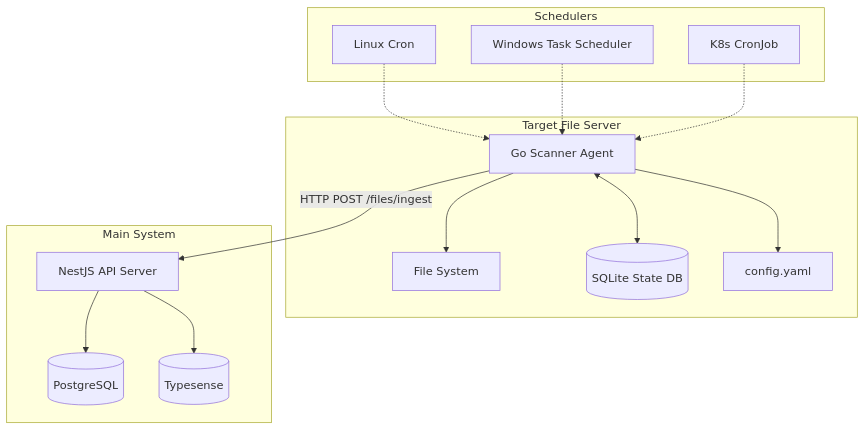
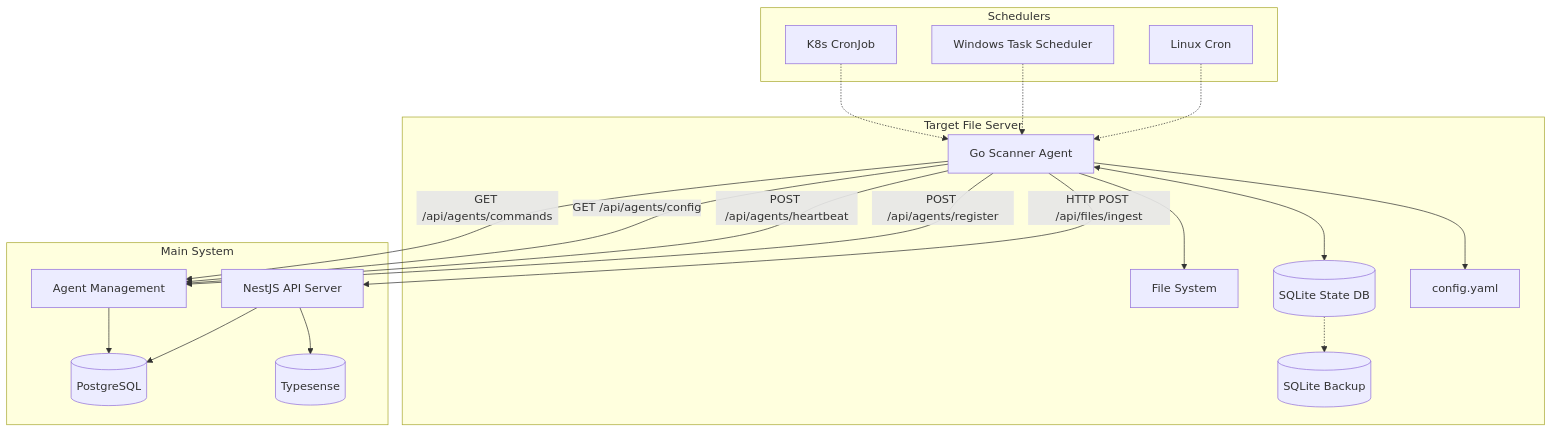
The diagram in docs/HLD-Go-File-Scanner.md (Yedidyar/file-search), drawn with Mermaid before and after one commit. The commit also changed other lines of this file, not shown here.

Commit message:
Enhance HLD for Go File Scanner Agent with additional sections and detailed requirements

````diff
--- a/docs/HLD-Go-File-Scanner.md
+++ b/docs/HLD-Go-File-Scanner.md
@@ -73,33 +94,42 @@
 ```mermaid
 graph TB
     subgraph "Target File Server"
         FS[File System]
         Agent[Go Scanner Agent]
         SQLite[(SQLite State DB)]
         Config[config.yaml]
+        Backup[(SQLite Backup)]
 
         Agent --> FS
         Agent <--> SQLite
         Agent --> Config
+        SQLite -.-> Backup
     end
 
     subgraph "Main System"
         API[NestJS API Server]
         DB[(PostgreSQL)]
         Search[(Typesense)]
+        AgentMgmt[Agent Management]
     end
 
-    Agent -->|HTTP POST /files/ingest| API
+    Agent -->|HTTP POST /api/files/ingest| API
+    Agent -->|POST /api/agents/register| AgentMgmt
+    Agent -->|POST /api/agents/heartbeat| AgentMgmt
+    Agent -->|GET /api/agents/config| AgentMgmt
+    Agent -->|GET /api/agents/commands| AgentMgmt
+
     API --> DB
     API --> Search
+    AgentMgmt --> DB
 
     subgraph "Schedulers"
         Cron[Linux Cron]
         TaskSched[Windows Task Scheduler]
         K8sCron[K8s CronJob]
     end
 
     Cron -.-> Agent
     TaskSched -.-> Agent
     K8sCron -.-> Agent
 ```
````
